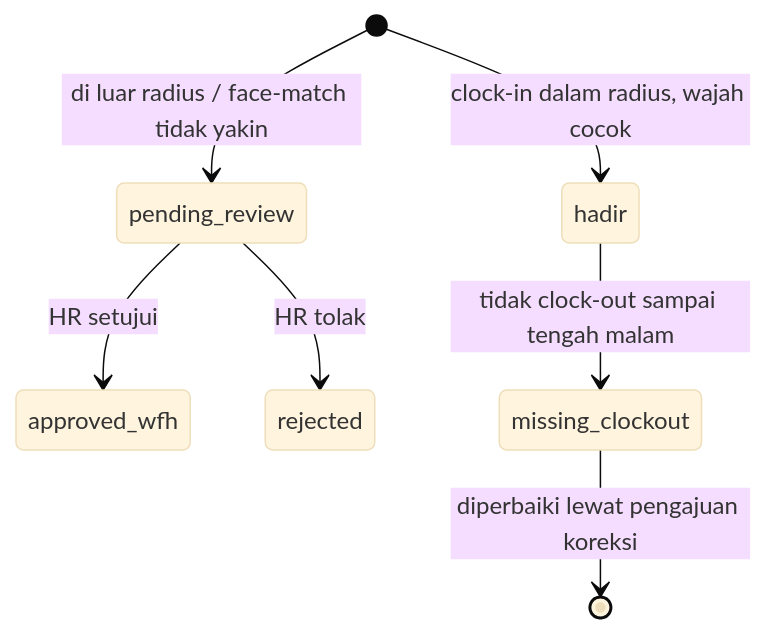
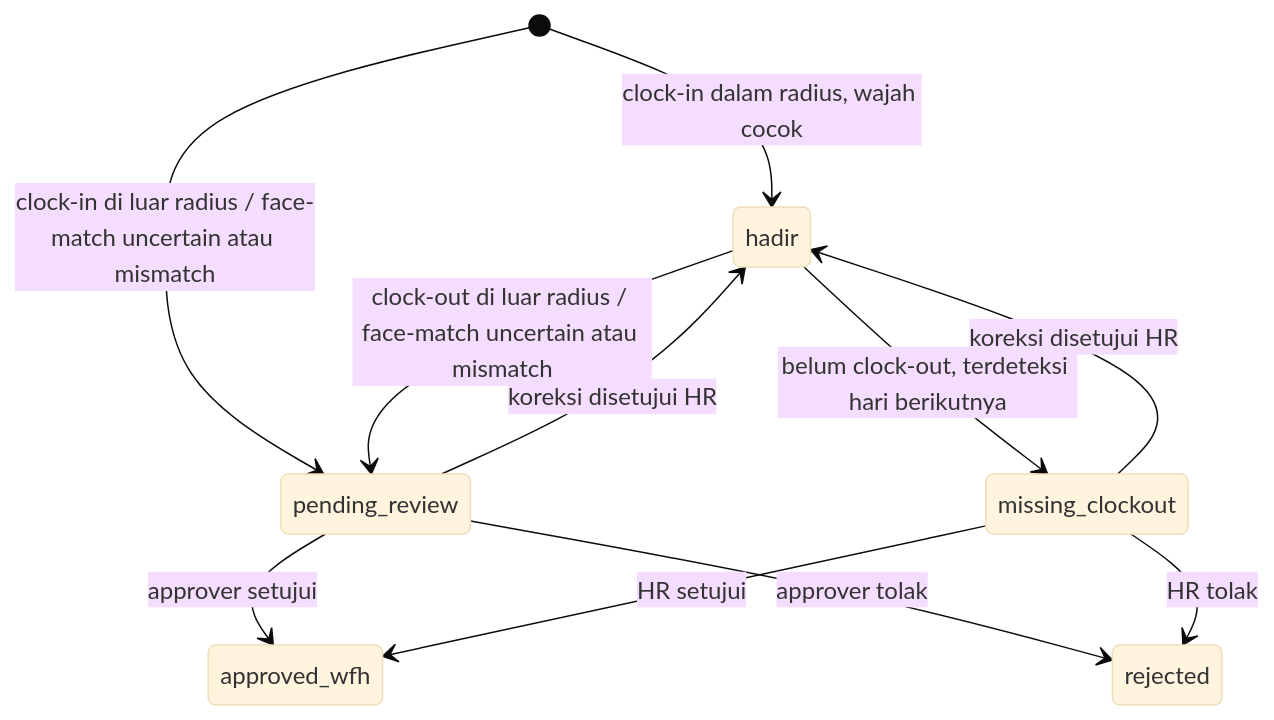
One commit to zinedine1210/talvio-mobile changed the third of 3 diagrams in README.md. Above: the diagram before and after it, drawn with Mermaid (base theme). The commit also changed other lines of this file and 14 other files, not shown here.

````diff
--- a/README.md
+++ b/README.md
@@ -115,9 +138,13 @@
 ```mermaid
 stateDiagram-v2
     [*] --> hadir: clock-in dalam radius, wajah cocok
-    [*] --> pending_review: di luar radius / face-match tidak yakin
-    pending_review --> approved_wfh: HR setujui
-    pending_review --> rejected: HR tolak
-    hadir --> missing_clockout: tidak clock-out sampai tengah malam
-    missing_clockout --> [*]: diperbaiki lewat pengajuan koreksi
+    [*] --> pending_review: clock-in di luar radius / face-match uncertain atau mismatch
+    hadir --> pending_review: clock-out di luar radius / face-match uncertain atau mismatch
+    hadir --> missing_clockout: belum clock-out, terdeteksi hari berikutnya
+    pending_review --> approved_wfh: approver setujui
+    pending_review --> rejected: approver tolak
+    missing_clockout --> approved_wfh: HR setujui
+    missing_clockout --> rejected: HR tolak
+    pending_review --> hadir: koreksi disetujui HR
+    missing_clockout --> hadir: koreksi disetujui HR
 ```
````
